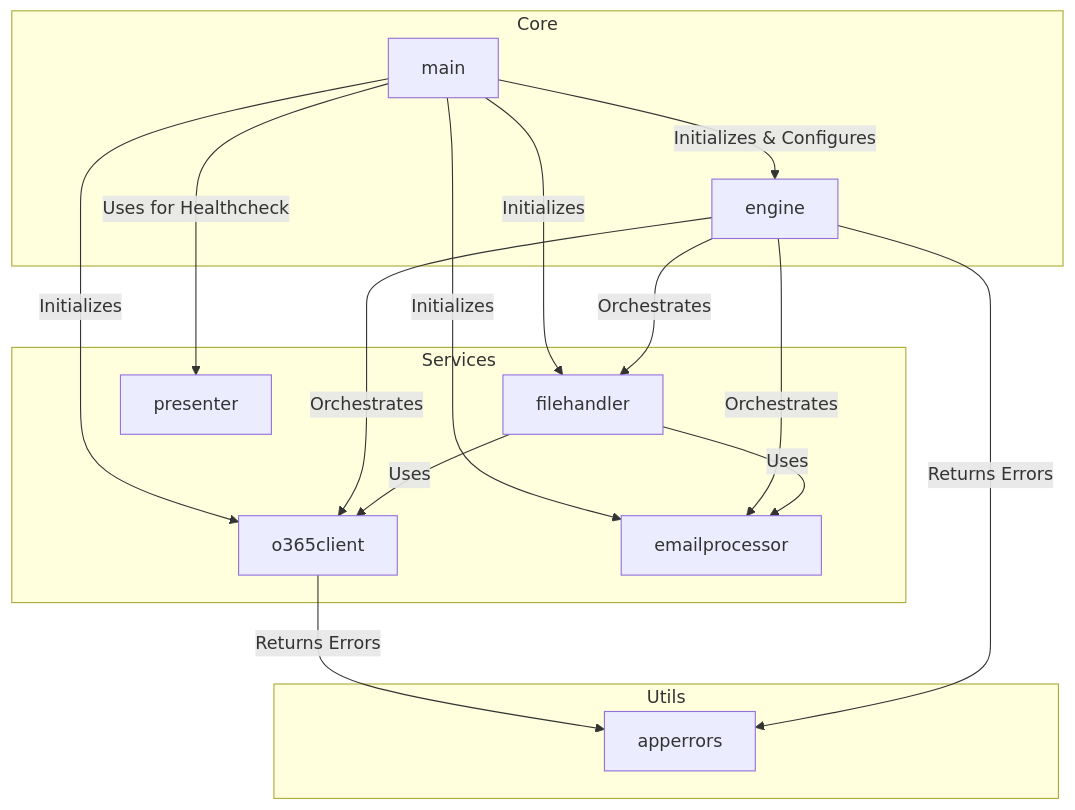
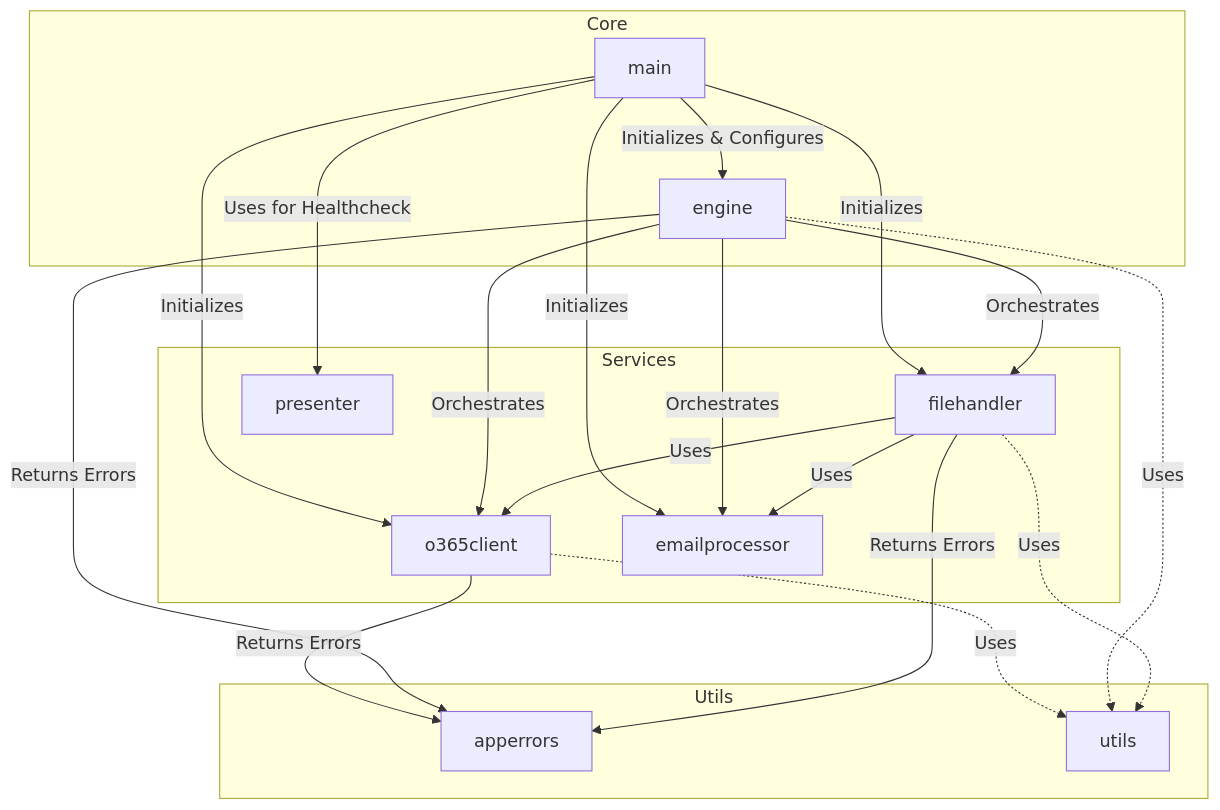
Before and after one commit to mshedsilegx/o365mbx: the first of 3 diagrams in CHARTS.md, drawn with Mermaid. The commit also changed other lines of this file and 18 other files, not shown here.

````diff
--- a/CHARTS.md
+++ b/CHARTS.md
@@ -13,34 +13,40 @@
 ```mermaid
 graph TD
     subgraph Core
         Main[main]
         Engine[engine]
     end
 
     subgraph Services
         O365Client[o365client]
         FileHandler[filehandler]
         EmailProcessor[emailprocessor]
         Presenter[presenter]
     end
 
     subgraph Utils
         AppErrors[apperrors]
+        SafeDeref[utils]
     end
 
     Main -->|Initializes & Configures| Engine
     Main -->|Initializes| O365Client
     Main -->|Initializes| FileHandler
     Main -->|Initializes| EmailProcessor
     Main -->|Uses for Healthcheck| Presenter
 
     Engine -->|Orchestrates| O365Client
     Engine -->|Orchestrates| FileHandler
     Engine -->|Orchestrates| EmailProcessor
 
     FileHandler -->|Uses| O365Client
     FileHandler -->|Uses| EmailProcessor
     
     O365Client -->|Returns Errors| AppErrors
     Engine -->|Returns Errors| AppErrors
+    FileHandler -->|Returns Errors| AppErrors
+    
+    O365Client -.->|Uses| SafeDeref
+    Engine -.->|Uses| SafeDeref
+    FileHandler -.->|Uses| SafeDeref
 ```
````
